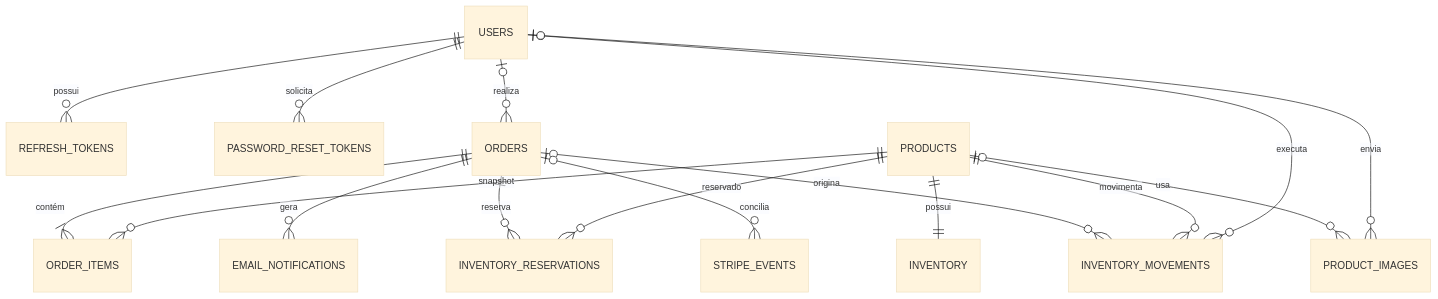
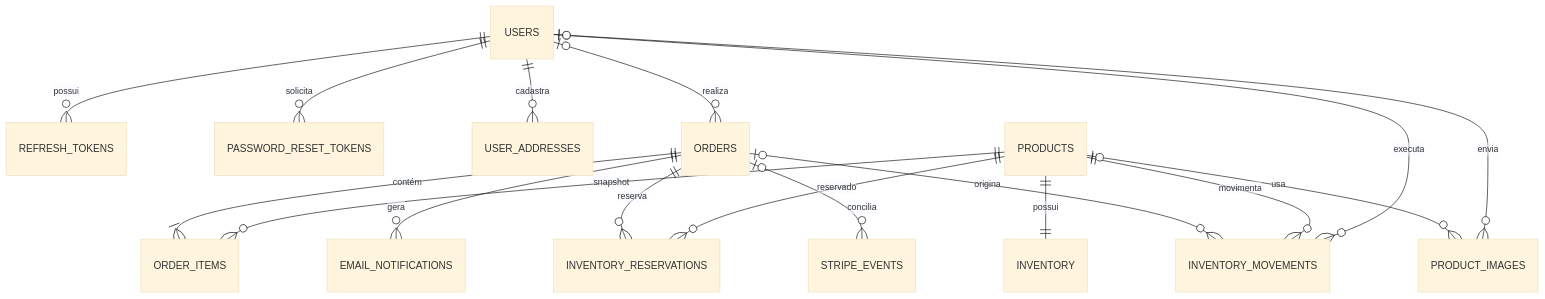
Before and after one commit to weltergab/e-comerce: the third of 3 diagrams in ARQUITETURA.md, drawn with Mermaid (base theme). The commit also changed other lines of this file and 18 other files, not shown here.

````diff
--- a/ARQUITETURA.md
+++ b/ARQUITETURA.md
@@ -224,20 +230,21 @@
 ```mermaid
 erDiagram
     USERS ||--o{ REFRESH_TOKENS : possui
     USERS ||--o{ PASSWORD_RESET_TOKENS : solicita
+    USERS ||--o{ USER_ADDRESSES : cadastra
     USERS o|--o{ ORDERS : realiza
     USERS o|--o{ INVENTORY_MOVEMENTS : executa
     USERS o|--o{ PRODUCT_IMAGES : envia
 
     PRODUCTS ||--|| INVENTORY : possui
     PRODUCTS ||--o{ ORDER_ITEMS : snapshot
     PRODUCTS ||--o{ INVENTORY_RESERVATIONS : reservado
     PRODUCTS ||--o{ INVENTORY_MOVEMENTS : movimenta
     PRODUCTS o|--o{ PRODUCT_IMAGES : usa
 
     ORDERS ||--|{ ORDER_ITEMS : contém
     ORDERS ||--o{ INVENTORY_RESERVATIONS : reserva
     ORDERS o|--o{ INVENTORY_MOVEMENTS : origina
     ORDERS ||--o{ EMAIL_NOTIFICATIONS : gera
     ORDERS o|--o{ STRIPE_EVENTS : concilia
 ```
````
